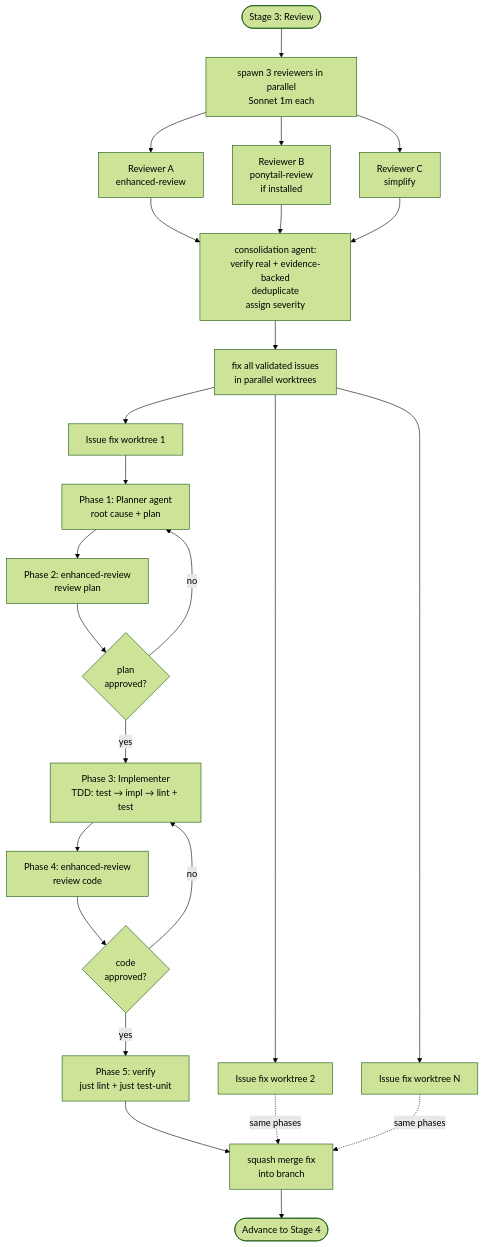
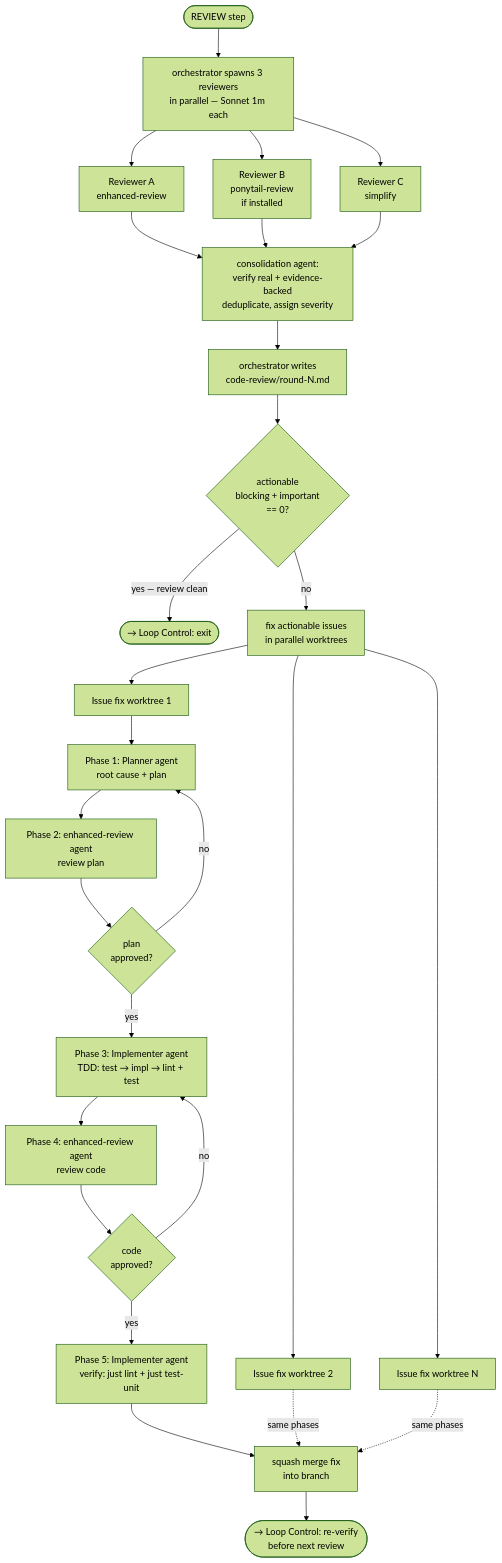
One commit to SG-Agent-Studio/autonomous-development-loop changed the fifth of 7 diagrams in docs/architecture/001-agent-workflow.md. Above: the diagram before and after it, drawn with Mermaid (forest theme). The commit also changed other lines of this file and 2 other files, not shown here.

First line of the commit message:
docs(architecture): sync with stage 2/3 refactor (#11)

````diff
--- a/docs/architecture/001-agent-workflow.md
+++ b/docs/architecture/001-agent-workflow.md
@@ -91,34 +132,35 @@
 ```mermaid
 flowchart TD
-    S3([Stage 3: Review]) --> PAR[spawn 3 reviewers in parallel\nSonnet 1m each]
+    R0([REVIEW step]) --> PAR[orchestrator spawns 3 reviewers\nin parallel — Sonnet 1m each]
 
     PAR --> RA[Reviewer A\nenhanced-review]
     PAR --> RB[Reviewer B\nponytail-review\nif installed]
     PAR --> RC[Reviewer C\nsimplify]
 
-    RA & RB & RC --> CONS[consolidation agent:\nverify real + evidence-backed\ndeduplicate\nassign severity]
+    RA & RB & RC --> CONS[consolidation agent:\nverify real + evidence-backed\ndeduplicate, assign severity]
 
-    CONS --> FIXPAR[fix all validated issues\nin parallel worktrees]
+    CONS --> WRITE[orchestrator writes\ncode-review/round-N.md]
+    WRITE --> AQ{actionable\nblocking + important\n== 0?}
+    AQ -->|yes — review clean| BACK([→ Loop Control: exit])
+    AQ -->|no| FIXPAR[fix actionable issues\nin parallel worktrees]
 
     FIXPAR --> FI1[Issue fix worktree 1]
     FIXPAR --> FI2[Issue fix worktree 2]
     FIXPAR --> FIN[Issue fix worktree N]
 
     FI1 --> PH1[Phase 1: Planner agent\nroot cause + plan]
-    PH1 --> PH2[Phase 2: enhanced-review\nreview plan]
+    PH1 --> PH2[Phase 2: enhanced-review agent\nreview plan]
     PH2 --> PH2OK{plan\napproved?}
     PH2OK -->|no| PH1
-    PH2OK -->|yes| PH3[Phase 3: Implementer\nTDD: test → impl → lint + test]
-    PH3 --> PH4[Phase 4: enhanced-review\nreview code]
+    PH2OK -->|yes| PH3[Phase 3: Implementer agent\nTDD: test → impl → lint + test]
+    PH3 --> PH4[Phase 4: enhanced-review agent\nreview code]
     PH4 --> PH4OK{code\napproved?}
     PH4OK -->|no| PH3
-    PH4OK -->|yes| PH5[Phase 5: verify\njust lint + just test-unit]
+    PH4OK -->|yes| PH5[Phase 5: Implementer agent\nverify: just lint + just test-unit]
     PH5 --> SMF[squash merge fix\ninto branch]
 
     FI2 -.->|same phases| SMF
     FIN -.->|same phases| SMF
 
-    SMF --> S4
-
-    S4([Advance to Stage 4])
+    SMF --> RELOOP([→ Loop Control: re-verify\nbefore next review])
 ```
````
